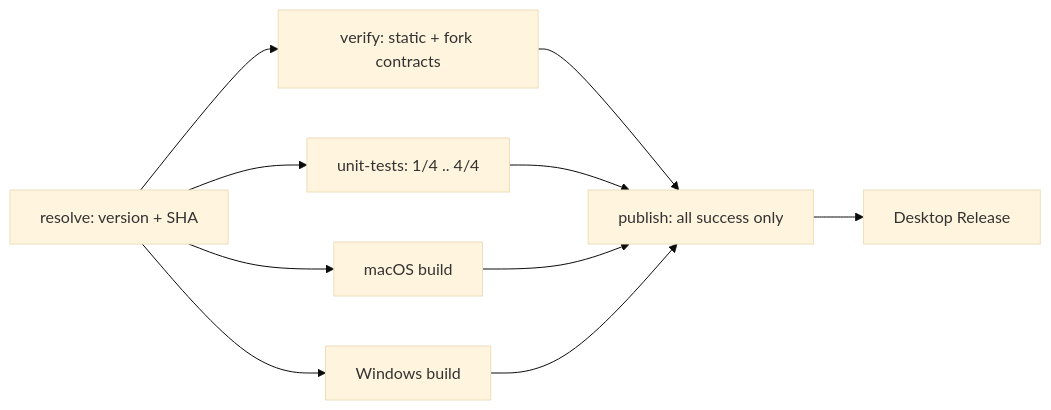
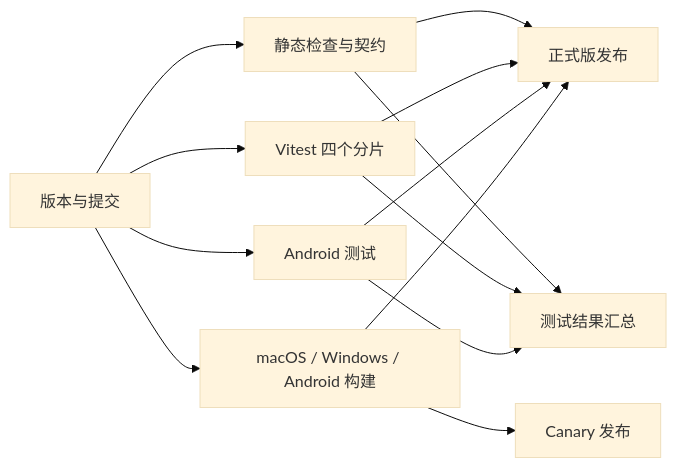
The diagram in docs/specs/desktop-release.md (Rain-kl/ZCode), drawn with Mermaid (base theme) before and after one commit. The commit also changed other lines of this file and 7 other files, not shown here.

Commit message:
fix(ci): run canary tests independently of publication

````diff
--- a/docs/specs/desktop-release.md
+++ b/docs/specs/desktop-release.md
@@ -93,9 +85,10 @@
 ```mermaid
 flowchart LR
-    R[resolve: version + SHA] --> V[verify: static + fork contracts]
-    R --> T[unit-tests: 1/4 .. 4/4]
-    R --> M[macOS build]
-    R --> W[Windows build]
-    V & T & M & W --> P[publish: all success only]
-    P --> D[Desktop Release]
+    R[版本与提交] --> V[静态检查与契约]
+    R --> T[Vitest 四个分片]
+    R --> A[Android 测试]
+    R --> B[macOS / Windows / Android 构建]
+    B --> C[Canary 发布]
+    V & T & A & B --> S[正式版发布]
+    V & T & A --> Q[测试结果汇总]
 ```
````
